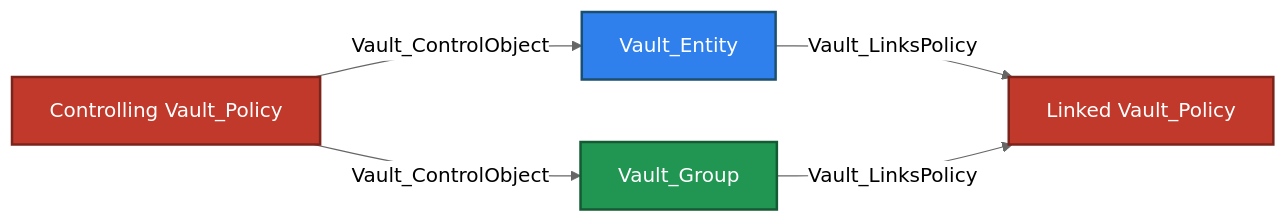
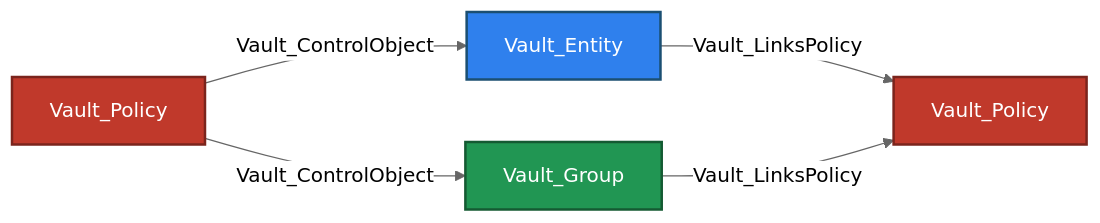
The fourth of 12 diagrams in Documentation/stores/IDENTITY.md (bytewreck/opengraph-vault), drawn with Mermaid (neutral theme) before and after one commit. The commit also changed other lines of this file, not shown here.

````diff
--- a/Documentation/stores/IDENTITY.md
+++ b/Documentation/stores/IDENTITY.md
@@ -229,11 +227,11 @@
 ```mermaid
 flowchart LR
-    policyA[Controlling Vault_Policy]:::policyNode -->|Vault_ControlObject| entity[Vault_Entity]:::identityNode
-    policyA -->|Vault_ControlObject| group[Vault_Group]:::groupNode
-    entity -->|Vault_LinksPolicy| policyB[Linked Vault_Policy]:::policyNode
-    group -->|Vault_LinksPolicy| policyB
+    P1[Vault_Policy]:::policyNode -->|Vault_ControlObject| VE[Vault_Entity]:::identityNode
+    P1 -->|Vault_ControlObject| VG[Vault_Group]:::groupNode
+    VE -->|Vault_LinksPolicy| P2[Vault_Policy]:::policyNode
+    VG -->|Vault_LinksPolicy| P2
 
     classDef policyNode fill:#C0392B,color:#fff,stroke:#7B241C,stroke-width:2px
     classDef identityNode fill:#2F80ED,color:#fff,stroke:#1B4F72,stroke-width:2px
     classDef groupNode fill:#219653,color:#fff,stroke:#145A32,stroke-width:2px
 ```
````
